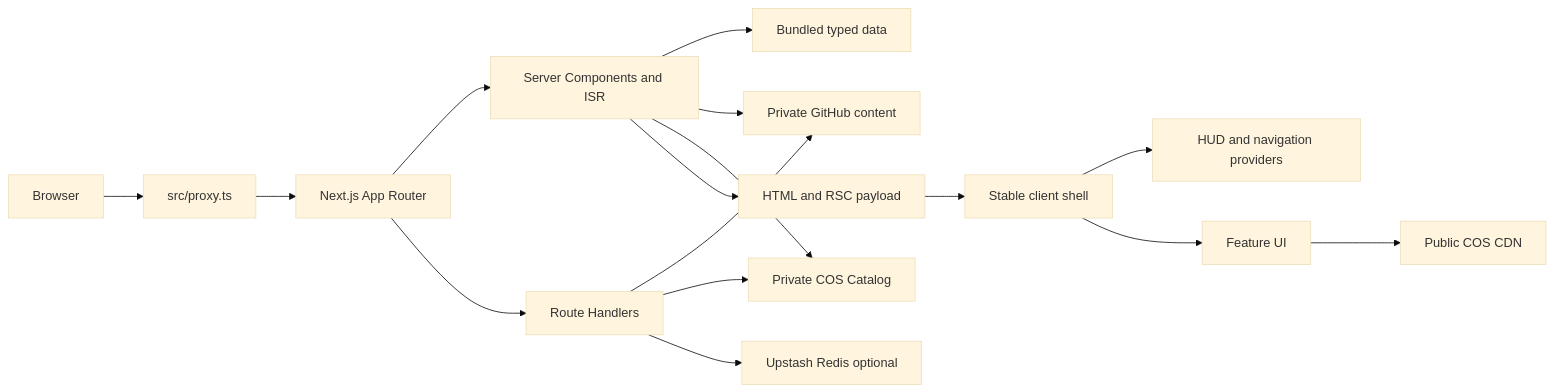
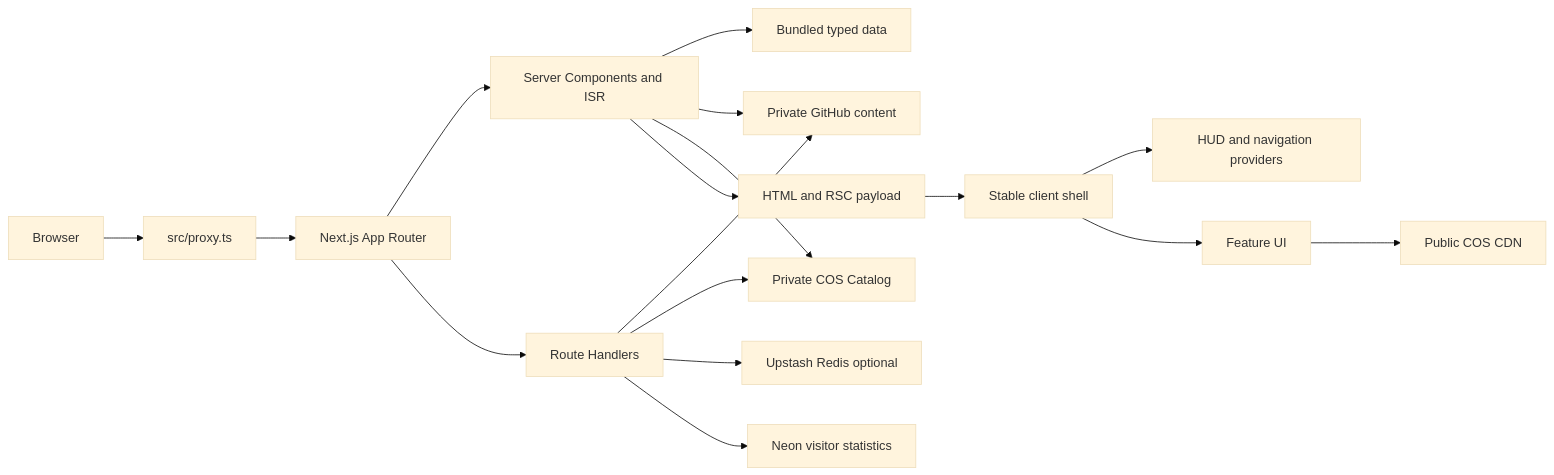
The diagram in docs/ARCHITECTURE.md (Arsvine-Devs/realm), drawn with Mermaid (base theme) before and after one commit. The commit also changed other lines of this file and 28 other files, not shown here.

Commit message:
feat: add durable visitor statistics

````diff
--- a/docs/ARCHITECTURE.md
+++ b/docs/ARCHITECTURE.md
@@ -21,18 +21,19 @@
 ```mermaid
 flowchart LR
   U[Browser] --> PX[src/proxy.ts]
   PX --> APP[Next.js App Router]
   APP --> SC[Server Components and ISR]
   APP --> API[Route Handlers]
   SC --> DATA[Bundled typed data]
   SC --> GH[Private GitHub content]
   SC --> CAT[Private COS Catalog]
   API --> GH
   API --> CAT
   API --> REDIS[Upstash Redis optional]
+  API --> NEON[Neon visitor statistics]
   SC --> HTML[HTML and RSC payload]
   HTML --> SHELL[Stable client shell]
   SHELL --> HUD[HUD and navigation providers]
   SHELL --> FEATURES[Feature UI]
   FEATURES --> CDN[Public COS CDN]
 ```
````
